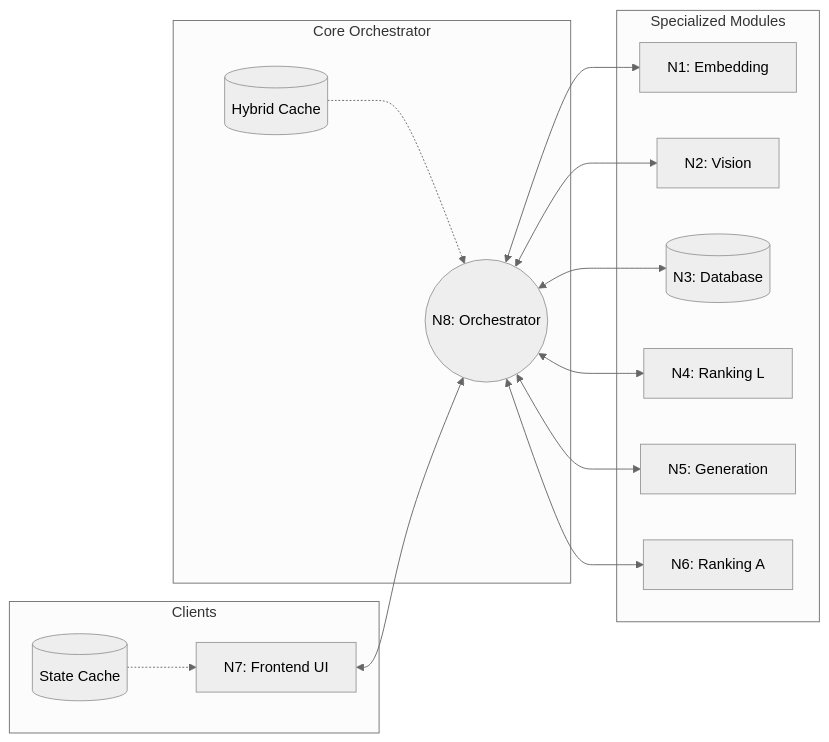
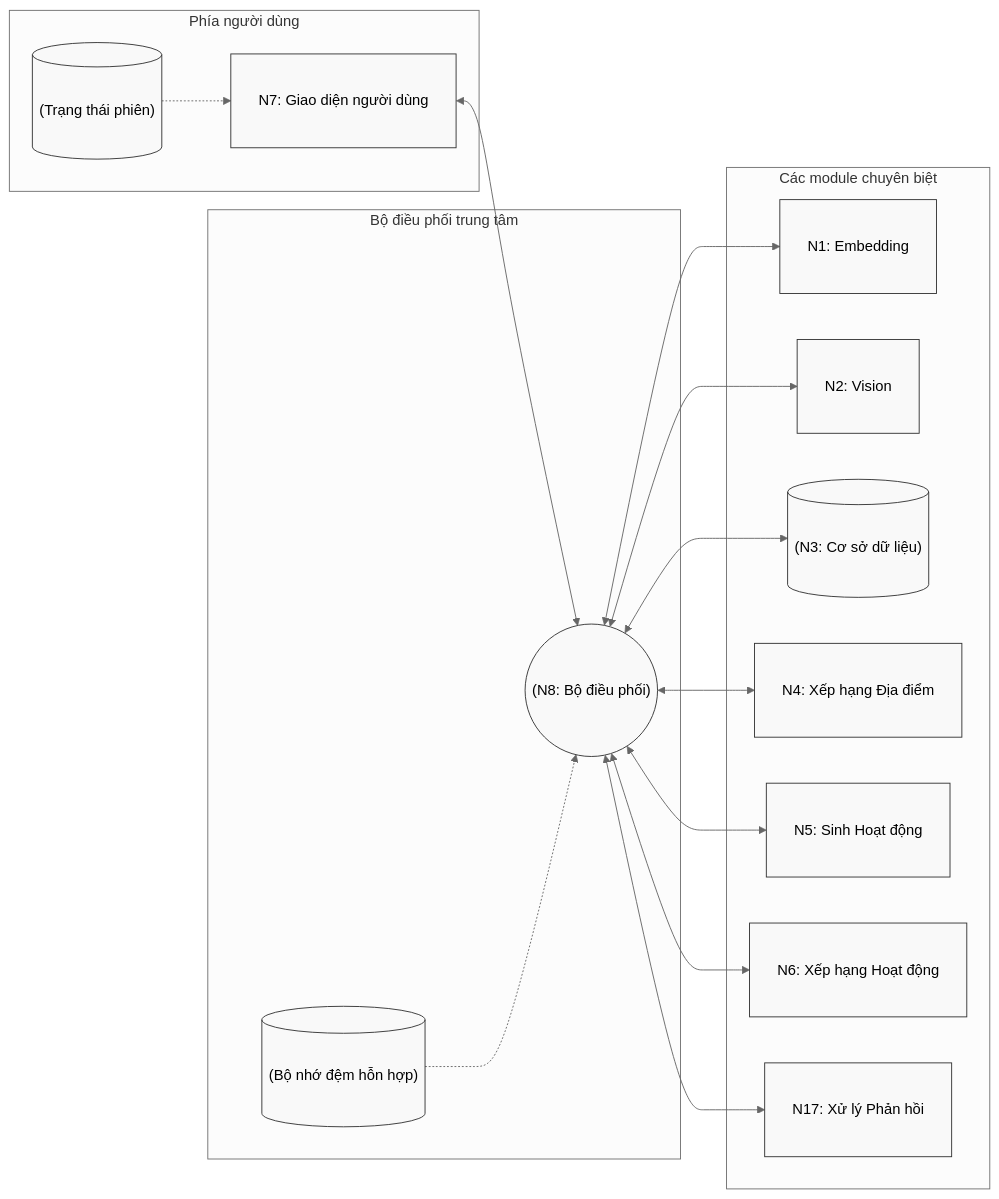
Before and after one commit to ltk6/travel-exp-planner: the first of 2 diagrams in docs/architecture/system_overview.md, drawn with Mermaid (neutral theme). The commit also changed other lines of this file and 87 other files, not shown here.

````diff
--- a/docs/architecture/system_overview.md
+++ b/docs/architecture/system_overview.md
@@ -25,29 +62,39 @@
 ```mermaid
+---
+config:
+  flowchart:
+    useMaxWidth: false
+---
 graph LR
-    subgraph "Clients"
-        N7[N7: Frontend UI]
-        N7C[(State Cache)] -.-> N7
+    classDef default fill:#f9f9f9,stroke:#333,stroke-width:1px,padding-left:10px,padding-right:10px,white-space:nowrap;
+    subgraph "Phía người dùng"
+        N7["N7: Giao diện người dùng"]
+        N7C[("(Trạng thái phiên)")]
     end
 
-    subgraph "Core Orchestrator"
-        N8((N8: Orchestrator))
-        N8C[(Hybrid Cache)] -.-> N8
+    subgraph "Bộ điều phối trung tâm"
+        N8(("(N8: Bộ điều phối)"))
+        N8C[("(Bộ nhớ đệm hỗn hợp)")]
     end
 
-    subgraph "Specialized Modules"
-        N1[N1: Embedding]
-        N2[N2: Vision]
-        N3[(N3: Database)]
-        N4[N4: Ranking L]
-        N5[N5: Generation]
-        N6[N6: Ranking A]
+    subgraph "Các module chuyên biệt"
+        N1["N1: Embedding"]
+        N2["N2: Vision"]
+        N3[("(N3: Cơ sở dữ liệu)")]
+        N4["N4: Xếp hạng Địa điểm"]
+        N5["N5: Sinh Hoạt động"]
+        N6["N6: Xếp hạng Hoạt động"]
+        N17["N17: Xử lý Phản hồi"]
     end
 
     N7 <--> N8
     N8 <--> N1
     N8 <--> N2
     N8 <--> N3
     N8 <--> N4
     N8 <--> N5
     N8 <--> N6
+    N8 <--> N17
+    N7C -.-> N7
+    N8C -.-> N8
 ```
````
